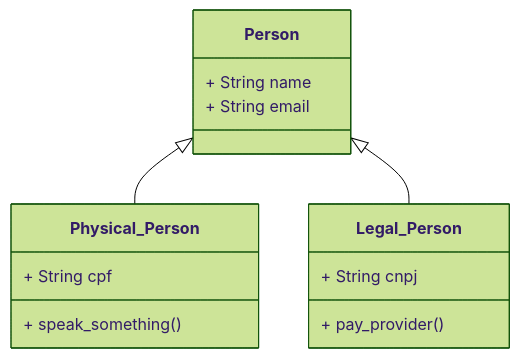
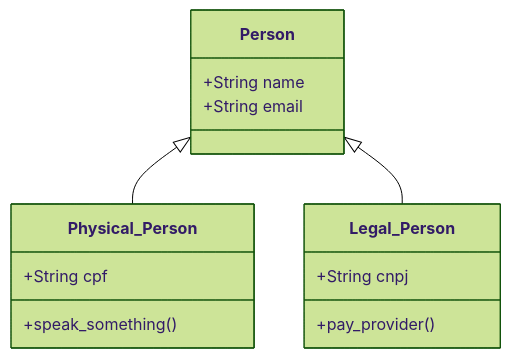
Before and after one commit to henrique-souza/RubyOnRails_exercises: the diagram in README.md, drawn with Mermaid (forest theme). The commit also changed other lines of this file, not shown here.

````diff
--- a/README.md
+++ b/README.md
@@ -18,16 +19,16 @@
 ```mermaid
 classDiagram
     Person <|-- Physical_Person
     Person <|-- Legal_Person
-    Person : + String name
-    Person : + String email
+    Person : +String name
+    Person : +String email
     
     class Physical_Person{
-        + String cpf
-        + speak_something()
+        +String cpf
+        +speak_something()
     }
     class Legal_Person{
-        + String cnpj
-        + pay_provider()
+        +String cnpj
+        +pay_provider()
     }
 ```
````
